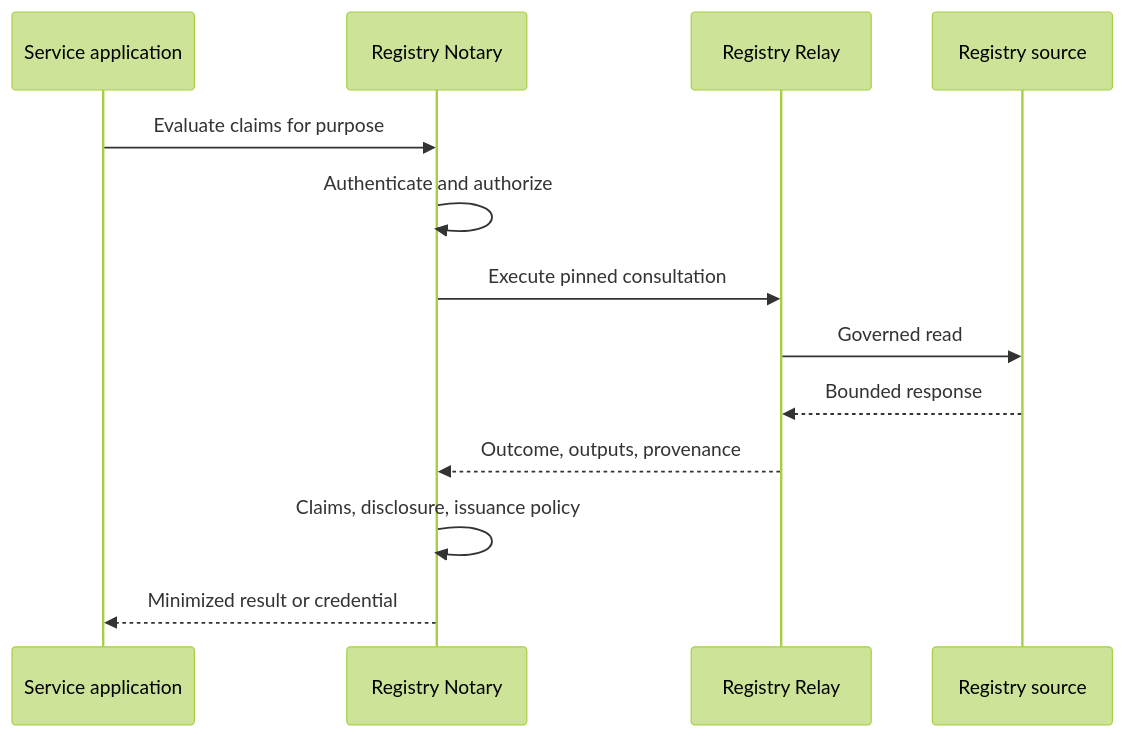
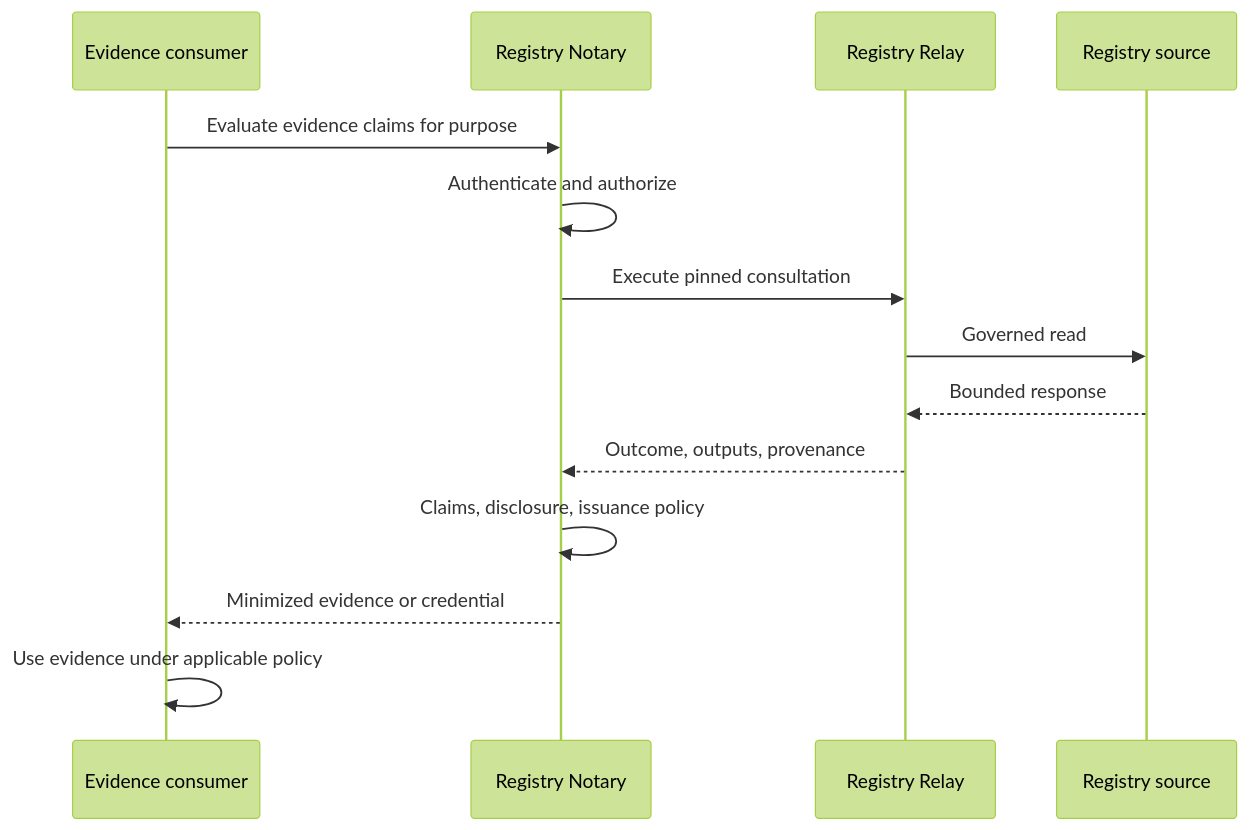
One commit to registrystack/registry-stack changed the first of 3 diagrams in products/notary/docs/notary-scenario-patterns.md. Above: the diagram before and after it, drawn with Mermaid (forest theme). The commit also changed other lines of this file and 142 other files, not shown here.

````diff
--- a/products/notary/docs/notary-scenario-patterns.md
+++ b/products/notary/docs/notary-scenario-patterns.md
@@ -5,16 +5,17 @@
 ```mermaid
 sequenceDiagram
-  participant App as Service application
+  participant Consumer as Evidence consumer
   participant Notary as Registry Notary
   participant Relay as Registry Relay
   participant Source as Registry source
 
-  App->>Notary: Evaluate claims for purpose
+  Consumer->>Notary: Evaluate evidence claims for purpose
   Notary->>Notary: Authenticate and authorize
   Notary->>Relay: Execute pinned consultation
   Relay->>Source: Governed read
   Source-->>Relay: Bounded response
   Relay-->>Notary: Outcome, outputs, provenance
   Notary->>Notary: Claims, disclosure, issuance policy
-  Notary-->>App: Minimized result or credential
+  Notary-->>Consumer: Minimized evidence or credential
+  Consumer->>Consumer: Use evidence under applicable policy
 ```
````
